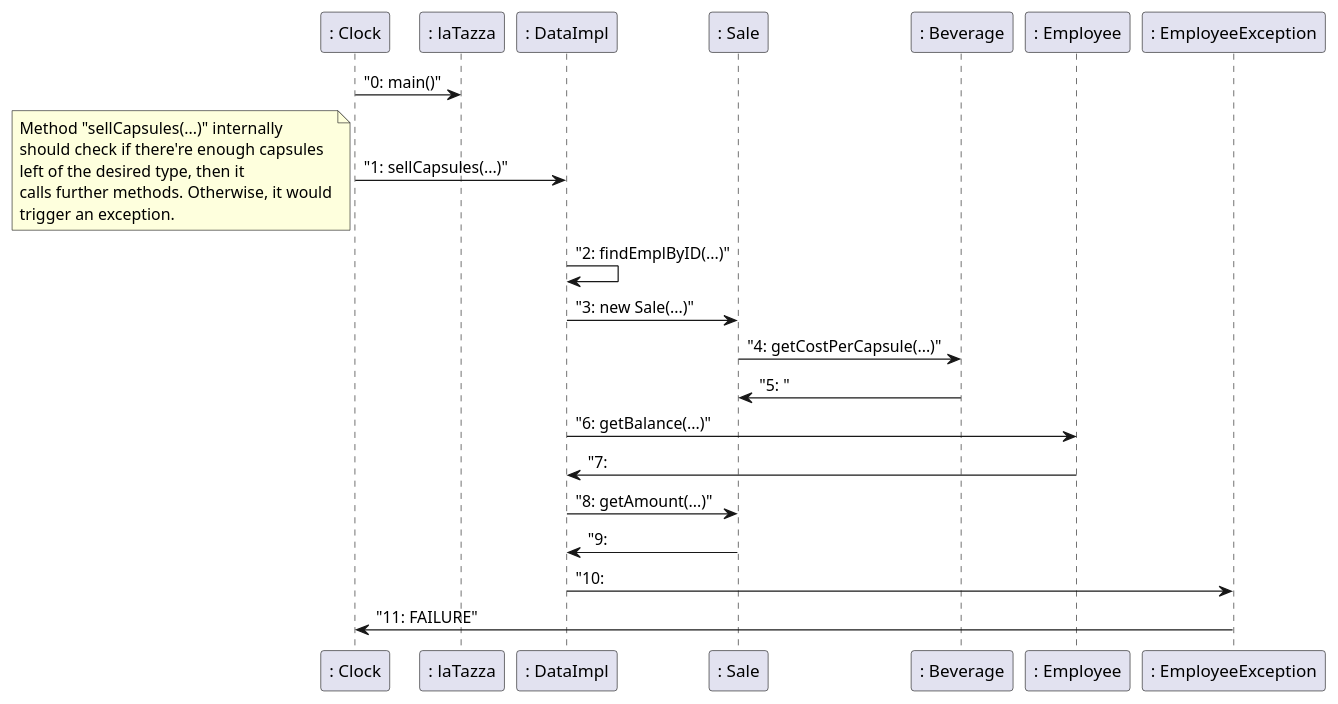
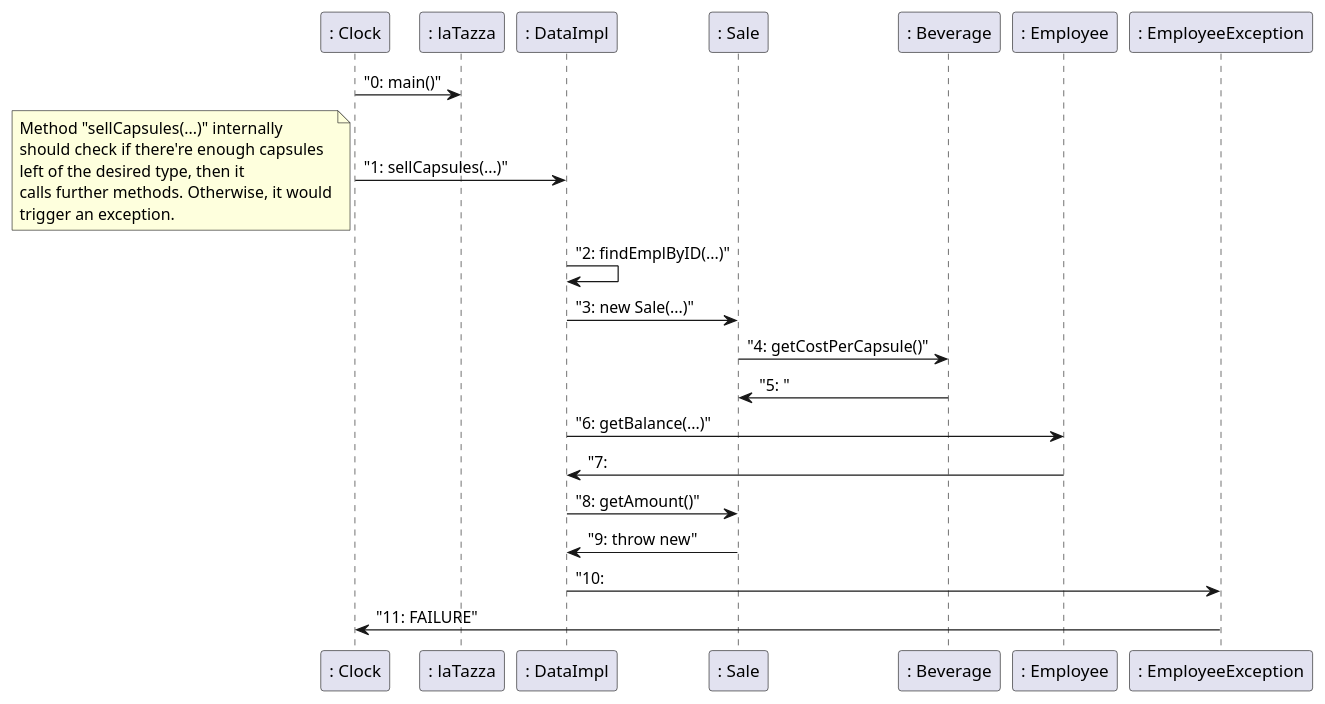
The fourth of 4 diagrams in templates/DesignDocumentTemplate.md (DarkSee/LaTazza), drawn with PlantUML before and after one commit. The commit also changed other lines of this file, not shown here.

````diff
--- a/templates/DesignDocumentTemplate.md
+++ b/templates/DesignDocumentTemplate.md
@@ -263,26 +258,26 @@
 ```plantuml
 @startuml
 ": Clock" -> ": laTazza": "0: main()"
 ": Clock" -> ": DataImpl": "1: sellCapsules(...)"
 note left
         Method "sellCapsules(...)" internally
         should check if there're enough capsules 
         left of the desired type, then it 
         calls further methods. Otherwise, it would
         trigger an exception.
 end note
 ": DataImpl" -> ": DataImpl": "2: findEmplByID(...)"
 ": DataImpl" -> ": Sale": "3: new Sale(...)"
-": Sale" -> ": Beverage": "4: getCostPerCapsule(...)"
+": Sale" -> ": Beverage": "4: getCostPerCapsule()"
 ": Sale" <-": Beverage": "5: "
 
 ": DataImpl" -> ": Employee": "6: getBalance(...)"
 ": DataImpl" <- ": Employee": "7: 
-": DataImpl" -> ": Sale": "8: getAmount(...)"
-": DataImpl" <- ": Sale": "9: 
+": DataImpl" -> ": Sale": "8: getAmount()"
+": DataImpl" <- ": Sale": "9: throw new" 
 ": DataImpl" -> ": EmployeeException": "10: 
 
 ": Clock" <- ": EmployeeException": "11: FAILURE"
 @enduml
 
 ```
````
